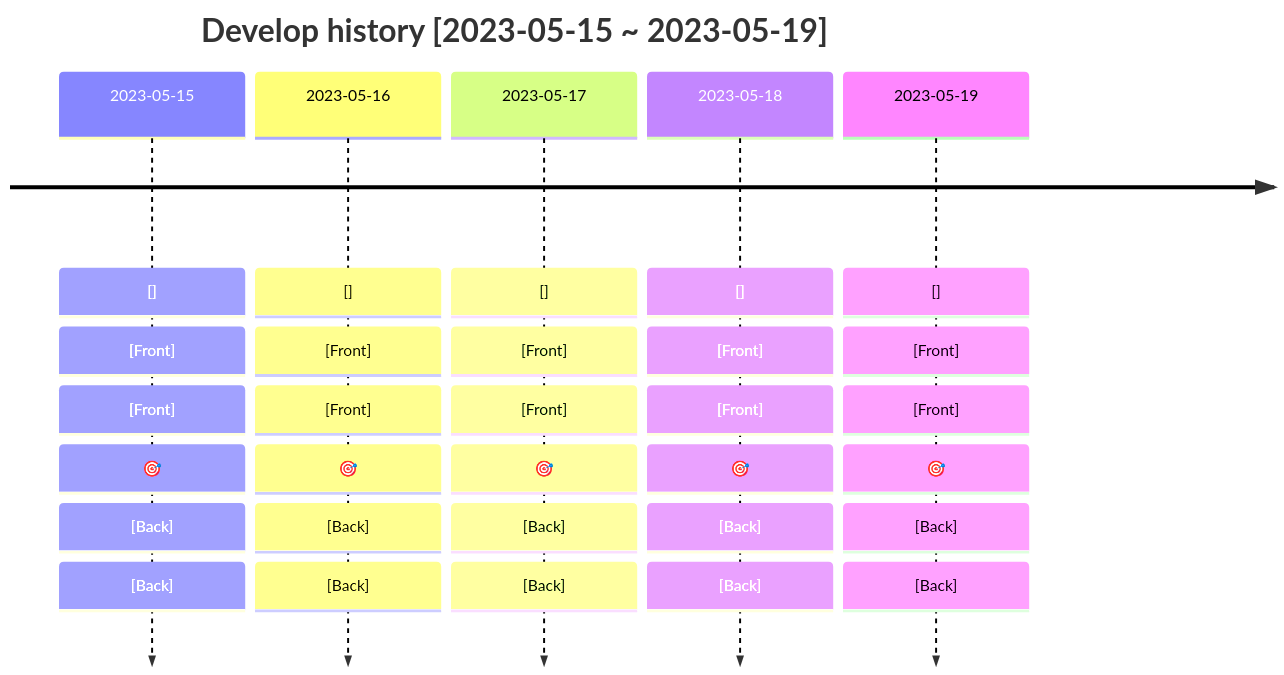
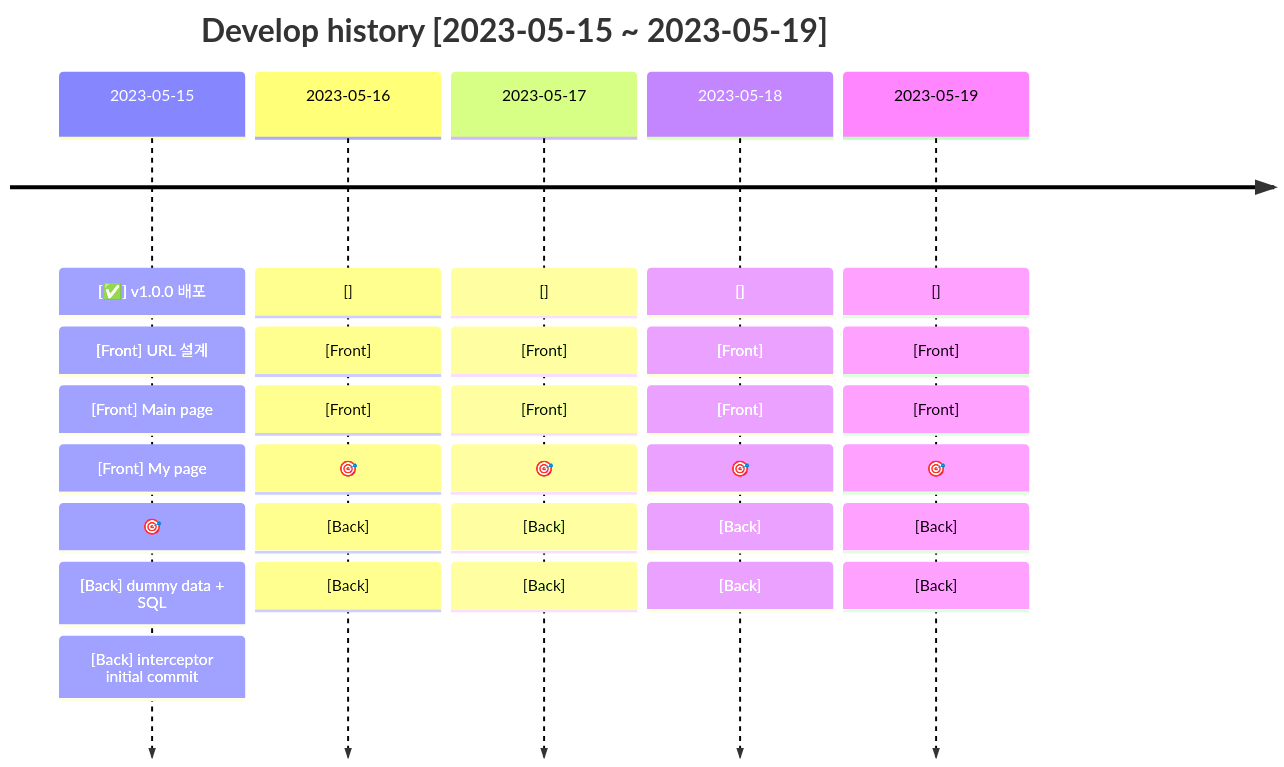
One commit to Choongang-Third-Project/jeju-campking changed the first of 10 diagrams in docs/README.md. Above: the diagram before and after it, drawn with Mermaid. The commit also changed other lines of this file, not shown here.

````diff
--- a/docs/README.md
+++ b/docs/README.md
@@ -66,34 +66,35 @@
 ```mermaid
 timeline
     title Develop history [2023-05-15 ~ 2023-05-19]
-    2023-05-15: []
-            : [Front]
-            : [Front]
+    2023-05-15: [✅] v1.0.0 배포
+            : [Front] URL 설계
+            : [Front] Main page
+            : [Front] My page
             : 🎯
-            : [Back]
-            : [Back]
+            : [Back] dummy data + SQL
+            : [Back] interceptor initial commit
     2023-05-16: []
             : [Front]
             : [Front]
             : 🎯
             : [Back]
             : [Back]
     2023-05-17: []
             : [Front]
             : [Front]
             : 🎯
             : [Back]
             : [Back]
     2023-05-18: []
             : [Front]
             : [Front]
             : 🎯
             : [Back]
             : [Back]
     2023-05-19: []
             : [Front]
             : [Front]
             : 🎯
             : [Back]
             : [Back] 
 ```
````
